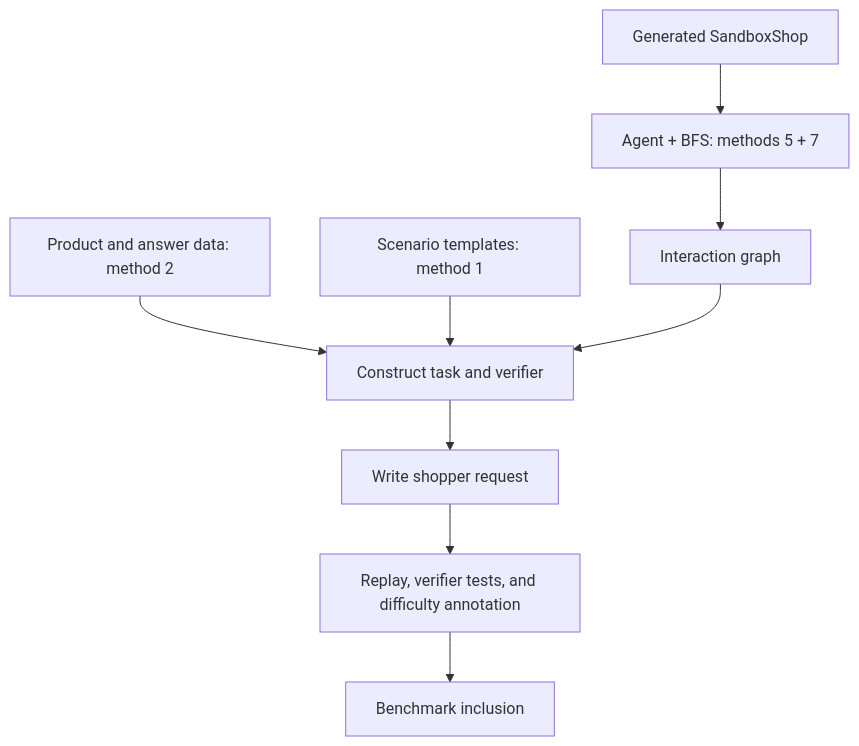
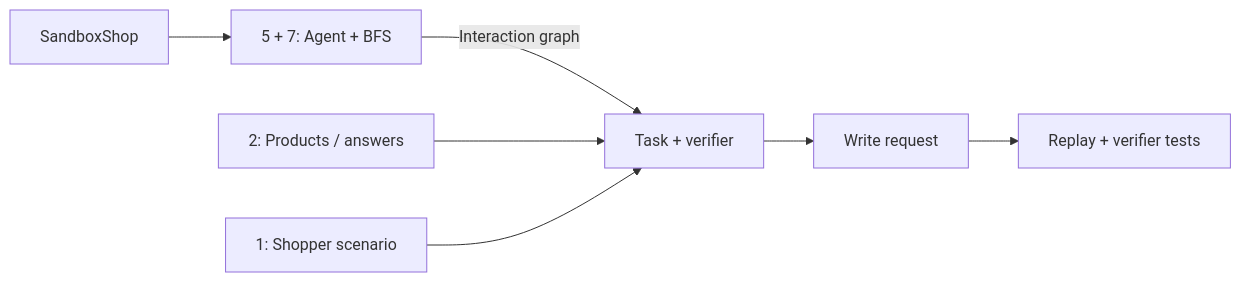
The diagram in docs/specs/shop_guru/task_generation_proposal.md (agentic-foundation-modeling-research/shop-gym), drawn with Mermaid before and after one commit. The commit also changed other lines of this file, not shown here.

Commit message:
docs: shorten task generation proposal and move catalog to appendix

````diff
--- a/docs/specs/shop_guru/task_generation_proposal.md
+++ b/docs/specs/shop_guru/task_generation_proposal.md
@@ -112,11 +48,9 @@
 ```mermaid
-flowchart TD
-    A[Generated SandboxShop] --> B[Agent + BFS: methods 5 + 7]
-    B --> C[Interaction graph]
-    D[Product and answer data: method 2] --> E[Construct task and verifier]
-    F[Scenario templates: method 1] --> E
-    C --> E
-    E --> G[Write shopper request]
-    G --> H[Replay, verifier tests, and difficulty annotation]
-    H --> I[Benchmark inclusion]
+flowchart LR
+    A[SandboxShop] --> B[5 + 7: Agent + BFS]
+    B -->|Interaction graph| C[Task + verifier]
+    D[2: Products / answers] --> C
+    E[1: Shopper scenario] --> C
+    C --> F[Write request]
+    F --> G[Replay + verifier tests]
 ```
````
